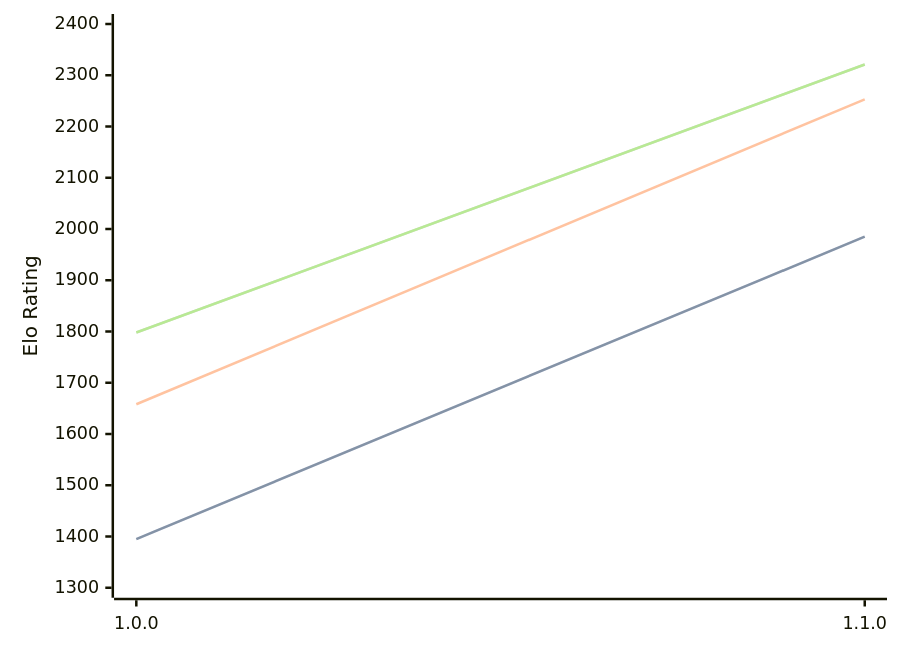
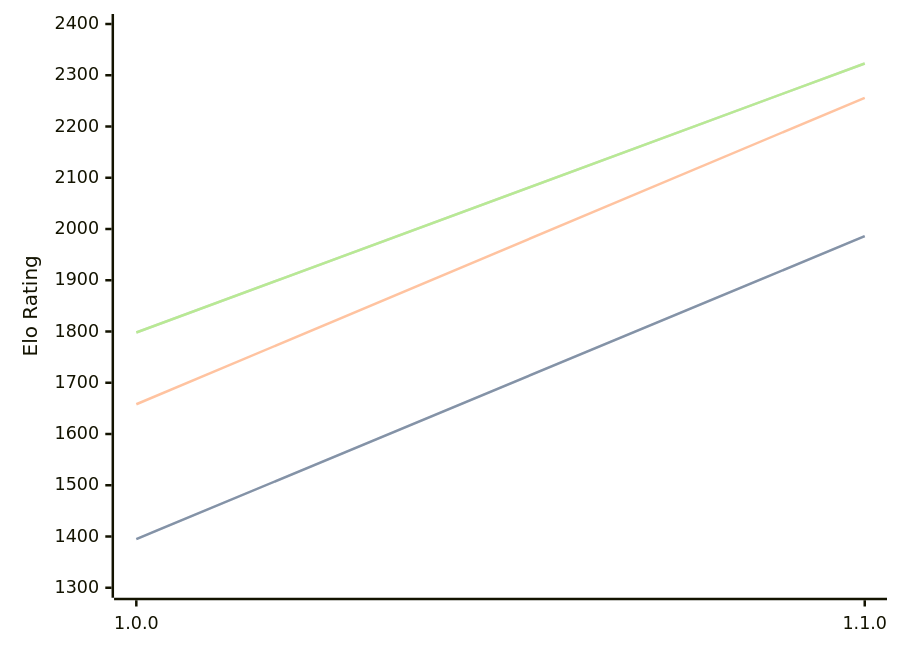
Before and after one commit to computer-chess-index/cci: the diagram in engines/Akerbeltz.md, drawn with Mermaid. The commit also changed other lines of this file, not shown here.

Commit message:
Update CCI Ratings (ELO VLTC) - 2026-05-08

````diff
--- a/engines/Akerbeltz.md
+++ b/engines/Akerbeltz.md
@@ -32,11 +32,11 @@
 ```mermaid
 %%{init: {"theme":"base","themeVariables":{"seriesColors:['#a3a3a3','#222221','#faa371']}}}%%
 xychart-beta
   x-axis ["1.0.0", "1.1.0"]
   y-axis "Elo Rating" 1300 --> 2400
-  line "STC (8.0+0.08s)" [1395, 1985]
-  line "STC (8.0+0.08s)" [1395, 1985]
-  line "LTC (60.0+0.60s)" [1658, 2253]
-  line "VLTC (2m24s+1.12s)" [1798, 2321]
-  line "VLTC (2m24s+1.12s)" [1798, 2321]
+  line "STC (8.0+0.08s)" [1395, 1986]
+  line "STC (8.0+0.08s)" [1395, 1986]
+  line "LTC (60.0+0.60s)" [1658, 2256]
+  line "VLTC (2m24s+1.12s)" [1798, 2323]
+  line "VLTC (2m24s+1.12s)" [1798, 2323]
 ```
````
